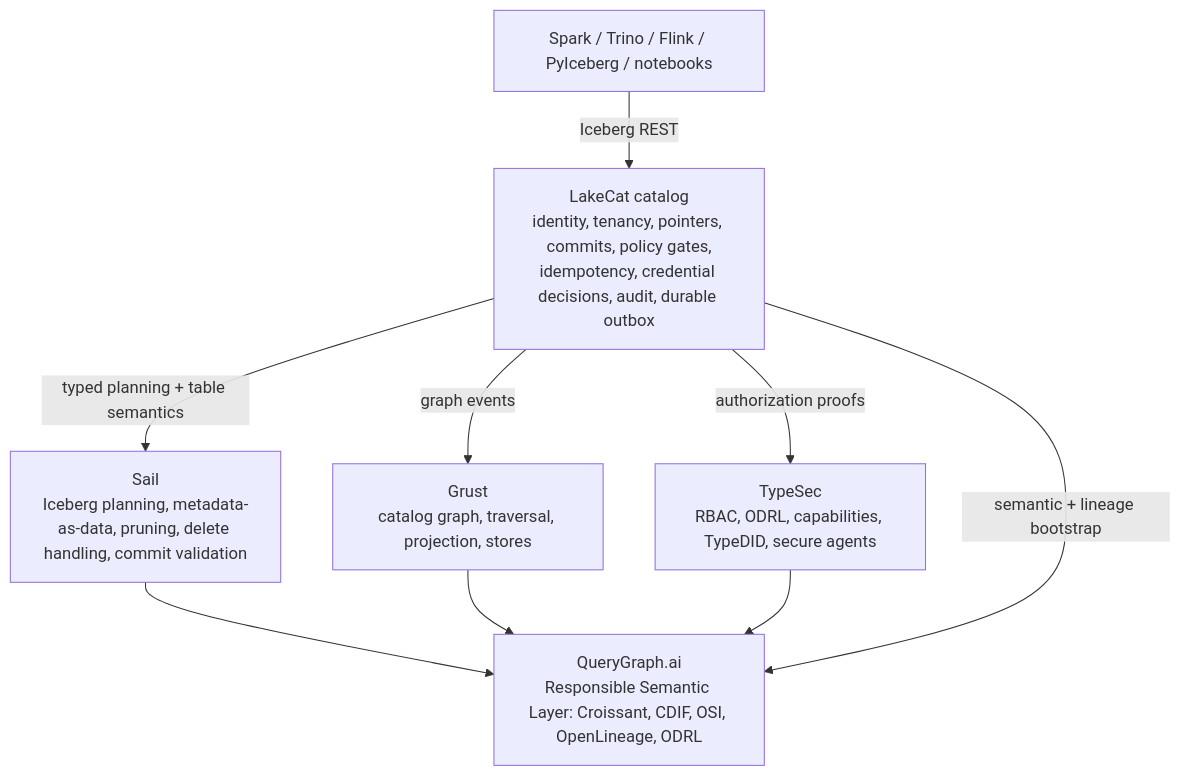
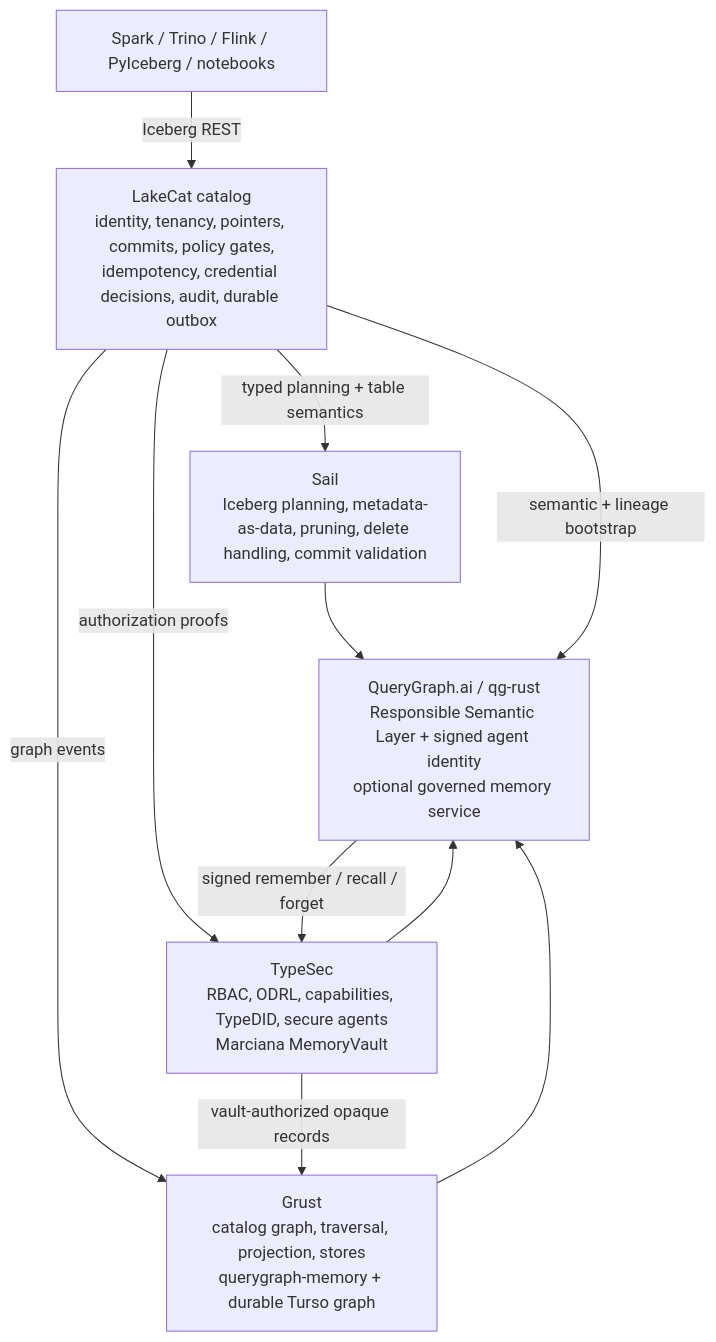
The eighth of 8 diagrams in docs/book/lakecat.md (querygraph/lakecat), drawn with Mermaid before and after one commit. The commit also changed other lines of this file and 1 other file, not shown here.

Commit message:
Document Marciana in the LakeCat book

````diff
--- a/docs/book/lakecat.md
+++ b/docs/book/lakecat.md
@@ -867,17 +884,19 @@
 ```mermaid
 flowchart TB
   tools[Spark / Trino / Flink / PyIceberg / notebooks]
   lc[LakeCat catalog<br/>identity, tenancy, pointers, commits, policy gates,<br/>idempotency, credential decisions, audit, durable outbox]
   sail[Sail<br/>Iceberg planning, metadata-as-data, pruning, delete handling, commit validation]
-  grust[Grust<br/>catalog graph, traversal, projection, stores]
-  typesec[TypeSec<br/>RBAC, ODRL, capabilities, TypeDID, secure agents]
-  qg[QueryGraph.ai<br/>Responsible Semantic Layer: Croissant, CDIF, OSI, OpenLineage, ODRL]
+  grust[Grust<br/>catalog graph, traversal, projection, stores<br/>querygraph-memory + durable Turso graph]
+  typesec[TypeSec<br/>RBAC, ODRL, capabilities, TypeDID, secure agents<br/>Marciana MemoryVault]
+  qg[QueryGraph.ai / qg-rust<br/>Responsible Semantic Layer + signed agent identity<br/>optional governed memory service]
   tools -->|Iceberg REST| lc
   lc -->|typed planning + table semantics| sail
   lc -->|graph events| grust
   lc -->|authorization proofs| typesec
   sail --> qg
   grust --> qg
   typesec --> qg
   lc -->|semantic + lineage bootstrap| qg
+  qg -->|signed remember / recall / forget| typesec
+  typesec -->|vault-authorized opaque records| grust
 ```
````
